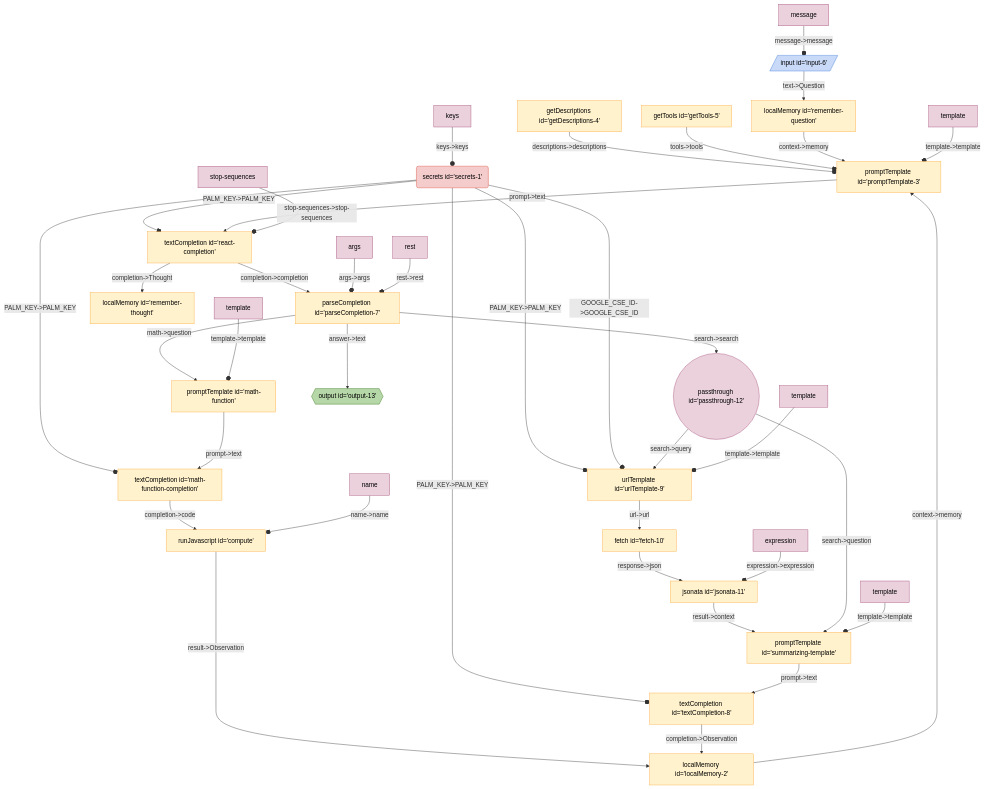
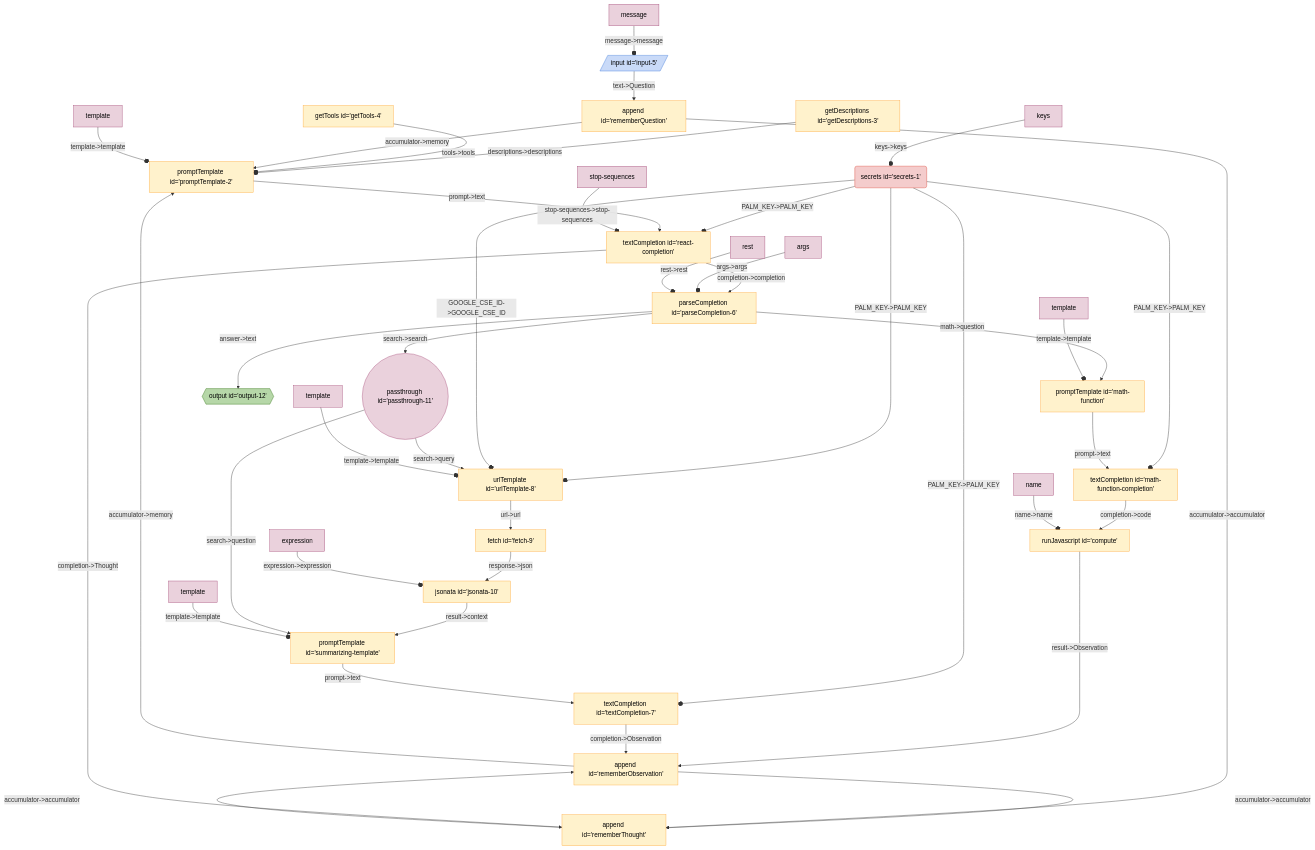
The diagram in seeds/graph-playground/docs/graphs/react.md (breadboard-ai/breadboard), drawn with Mermaid before and after one commit. The commit also changed 16 other files, not shown here.

First line of the commit message:
[llm-starter][graph-playground] Factor out `localMemory`.

````diff
--- a/seeds/graph-playground/docs/graphs/react.md
+++ b/seeds/graph-playground/docs/graphs/react.md
@@ -5,49 +5,52 @@
   ```mermaid
   %%{init: 'themeVariables': { 'fontFamily': 'Fira Code, monospace' }}%%
 graph TD;
-getDescriptions4["getDescriptions id='getDescriptions-4'"] -- "descriptions->descriptions" --o promptTemplate3["promptTemplate id='promptTemplate-3'"]
-getTools5["getTools id='getTools-5'"] -- "tools->tools" --o promptTemplate3["promptTemplate id='promptTemplate-3'"]
-localMemory2["localMemory id='localMemory-2'"] -- "context->memory" --> promptTemplate3["promptTemplate id='promptTemplate-3'"]
+getDescriptions3["getDescriptions id='getDescriptions-3'"] -- "descriptions->descriptions" --o promptTemplate2["promptTemplate id='promptTemplate-2'"]
+getTools4["getTools id='getTools-4'"] -- "tools->tools" --o promptTemplate2["promptTemplate id='promptTemplate-2'"]
+rememberObservation["append id='rememberObservation'"] -- "accumulator->memory" --> promptTemplate2["promptTemplate id='promptTemplate-2'"]
+rememberThought["append id='rememberThought'"] -- "accumulator->accumulator" --> rememberObservation["append id='rememberObservation'"]
+rememberObservation["append id='rememberObservation'"] -- "accumulator->accumulator" --> rememberThought["append id='rememberThought'"]
+rememberQuestion["append id='rememberQuestion'"] -- "accumulator->accumulator" --> rememberThought["append id='rememberThought'"]
+rememberQuestion["append id='rememberQuestion'"] -- "accumulator->memory" --> promptTemplate2["promptTemplate id='promptTemplate-2'"]
+input5[/"input id='input-5'"/]:::input -- "text->Question" --> rememberQuestion["append id='rememberQuestion'"]
 secrets1("secrets id='secrets-1'"):::secrets -- "PALM_KEY->PALM_KEY" --o reactcompletion["textCompletion id='react-completion'"]
-compute["runJavascript id='compute'"] -- "result->Observation" --> localMemory2["localMemory id='localMemory-2'"]
+compute["runJavascript id='compute'"] -- "result->Observation" --> rememberObservation["append id='rememberObservation'"]
 mathfunctioncompletion["textCompletion id='math-function-completion'"] -- "completion->code" --> compute["runJavascript id='compute'"]
 secrets1("secrets id='secrets-1'"):::secrets -- "PALM_KEY->PALM_KEY" --o mathfunctioncompletion["textCompletion id='math-function-completion'"]
 mathfunction["promptTemplate id='math-function'"] -- "prompt->text" --> mathfunctioncompletion["textCompletion id='math-function-completion'"]
-textCompletion8["textCompletion id='textCompletion-8'"] -- "completion->Observation" --> localMemory2["localMemory id='localMemory-2'"]
-secrets1("secrets id='secrets-1'"):::secrets -- "PALM_KEY->PALM_KEY" --o textCompletion8["textCompletion id='textCompletion-8'"]
-summarizingtemplate["promptTemplate id='summarizing-template'"] -- "prompt->text" --> textCompletion8["textCompletion id='textCompletion-8'"]
-secrets1("secrets id='secrets-1'"):::secrets -- "PALM_KEY->PALM_KEY" --o urlTemplate9["urlTemplate id='urlTemplate-9'"]
-secrets1("secrets id='secrets-1'"):::secrets -- "GOOGLE_CSE_ID->GOOGLE_CSE_ID" --o urlTemplate9["urlTemplate id='urlTemplate-9'"]
-jsonata11["jsonata id='jsonata-11'"] -- "result->context" --> summarizingtemplate["promptTemplate id='summarizing-template'"]
-fetch10["fetch id='fetch-10'"] -- "response->json" --> jsonata11["jsonata id='jsonata-11'"]
-urlTemplate9["urlTemplate id='urlTemplate-9'"] -- "url->url" --> fetch10["fetch id='fetch-10'"]
-passthrough12(("passthrough id='passthrough-12'")):::passthrough -- "search->question" --> summarizingtemplate["promptTemplate id='summarizing-template'"]
-passthrough12(("passthrough id='passthrough-12'")):::passthrough -- "search->query" --> urlTemplate9["urlTemplate id='urlTemplate-9'"]
-parseCompletion7["parseCompletion id='parseCompletion-7'"] -- "search->search" --> passthrough12(("passthrough id='passthrough-12'")):::passthrough
-parseCompletion7["parseCompletion id='parseCompletion-7'"] -- "math->question" --> mathfunction["promptTemplate id='math-function'"]
-parseCompletion7["parseCompletion id='parseCompletion-7'"] -- "answer->text" --> output13{{"output id='output-13'"}}:::output
-reactcompletion["textCompletion id='react-completion'"] -- "completion->completion" --> parseCompletion7["parseCompletion id='parseCompletion-7'"]
-reactcompletion["textCompletion id='react-completion'"] -- "completion->Thought" --> rememberthought["localMemory id='remember-thought'"]
-promptTemplate3["promptTemplate id='promptTemplate-3'"] -- "prompt->text" --> reactcompletion["textCompletion id='react-completion'"]
-rememberquestion["localMemory id='remember-question'"] -- "context->memory" --> promptTemplate3["promptTemplate id='promptTemplate-3'"]
-input6[/"input id='input-6'"/]:::input -- "text->Question" --> rememberquestion["localMemory id='remember-question'"]
+textCompletion7["textCompletion id='textCompletion-7'"] -- "completion->Observation" --> rememberObservation["append id='rememberObservation'"]
+secrets1("secrets id='secrets-1'"):::secrets -- "PALM_KEY->PALM_KEY" --o textCompletion7["textCompletion id='textCompletion-7'"]
+summarizingtemplate["promptTemplate id='summarizing-template'"] -- "prompt->text" --> textCompletion7["textCompletion id='textCompletion-7'"]
+secrets1("secrets id='secrets-1'"):::secrets -- "PALM_KEY->PALM_KEY" --o urlTemplate8["urlTemplate id='urlTemplate-8'"]
+secrets1("secrets id='secrets-1'"):::secrets -- "GOOGLE_CSE_ID->GOOGLE_CSE_ID" --o urlTemplate8["urlTemplate id='urlTemplate-8'"]
+jsonata10["jsonata id='jsonata-10'"] -- "result->context" --> summarizingtemplate["promptTemplate id='summarizing-template'"]
+fetch9["fetch id='fetch-9'"] -- "response->json" --> jsonata10["jsonata id='jsonata-10'"]
+urlTemplate8["urlTemplate id='urlTemplate-8'"] -- "url->url" --> fetch9["fetch id='fetch-9'"]
+passthrough11(("passthrough id='passthrough-11'")):::passthrough -- "search->question" --> summarizingtemplate["promptTemplate id='summarizing-template'"]
+passthrough11(("passthrough id='passthrough-11'")):::passthrough -- "search->query" --> urlTemplate8["urlTemplate id='urlTemplate-8'"]
+parseCompletion6["parseCompletion id='parseCompletion-6'"] -- "search->search" --> passthrough11(("passthrough id='passthrough-11'")):::passthrough
+parseCompletion6["parseCompletion id='parseCompletion-6'"] -- "math->question" --> mathfunction["promptTemplate id='math-function'"]
+parseCompletion6["parseCompletion id='parseCompletion-6'"] -- "answer->text" --> output12{{"output id='output-12'"}}:::output
+reactcompletion["textCompletion id='react-completion'"] -- "completion->completion" --> parseCompletion6["parseCompletion id='parseCompletion-6'"]
+reactcompletion["textCompletion id='react-completion'"] -- "completion->Thought" --> rememberThought["append id='rememberThought'"]
+promptTemplate2["promptTemplate id='promptTemplate-2'"] -- "prompt->text" --> reactcompletion["textCompletion id='react-completion'"]
 keyssecrets1[keys]:::config -- "keys->keys" --o secrets1
-templatepromptTemplate3[template]:::config -- "template->template" --o promptTemplate3
+templatepromptTemplate2[template]:::config -- "template->template" --o promptTemplate2
+messageinput5[message]:::config -- "message->message" --o input5
 stopsequencesreactcompletion[stop-sequences]:::config -- "stop-sequences->stop-sequences" --o reactcompletion
 templatemathfunction[template]:::config -- "template->template" --o mathfunction
 namecompute[name]:::config -- "name->name" --o compute
-messageinput6[message]:::config -- "message->message" --o input6
-argsparseCompletion7[args]:::config -- "args->args" --o parseCompletion7
-restparseCompletion7[rest]:::config -- "rest->rest" --o parseCompletion7
+argsparseCompletion6[args]:::config -- "args->args" --o parseCompletion6
+restparseCompletion6[rest]:::config -- "rest->rest" --o parseCompletion6
 templatesummarizingtemplate[template]:::config -- "template->template" --o summarizingtemplate
-templateurlTemplate9[template]:::config -- "template->template" --o urlTemplate9
-expressionjsonata11[expression]:::config -- "expression->expression" --o jsonata11
+templateurlTemplate8[template]:::config -- "template->template" --o urlTemplate8
+expressionjsonata10[expression]:::config -- "expression->expression" --o jsonata10
 classDef default stroke:#ffab40,fill:#fff2ccff,color:#000
 classDef input stroke:#3c78d8,fill:#c9daf8ff,color:#000
 classDef output stroke:#38761d,fill:#b6d7a8ff,color:#000
 classDef passthrough stroke:#a64d79,fill:#ead1dcff,color:#000
 classDef slot stroke:#a64d79,fill:#ead1dcff,color:#000
 classDef config stroke:#a64d79,fill:#ead1dcff,color:#000
 classDef secrets stroke:#db4437,fill:#f4cccc,color:#000
 classDef slotted stroke:#a64d79
   ```
````
